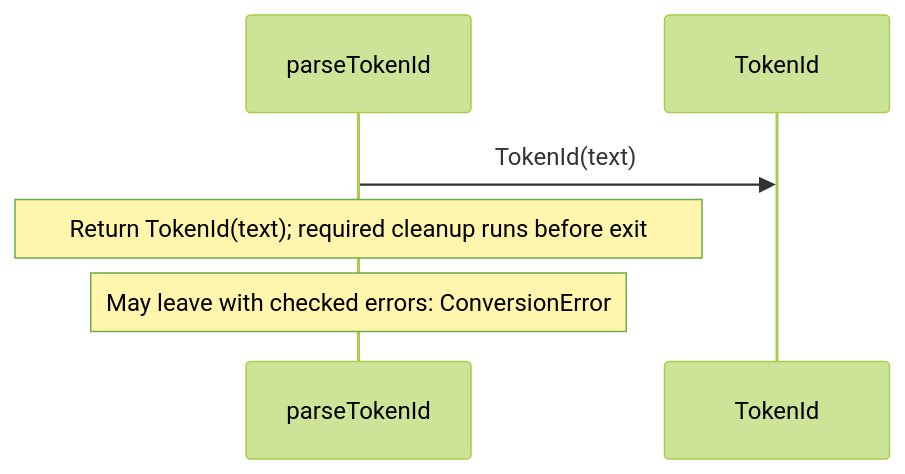
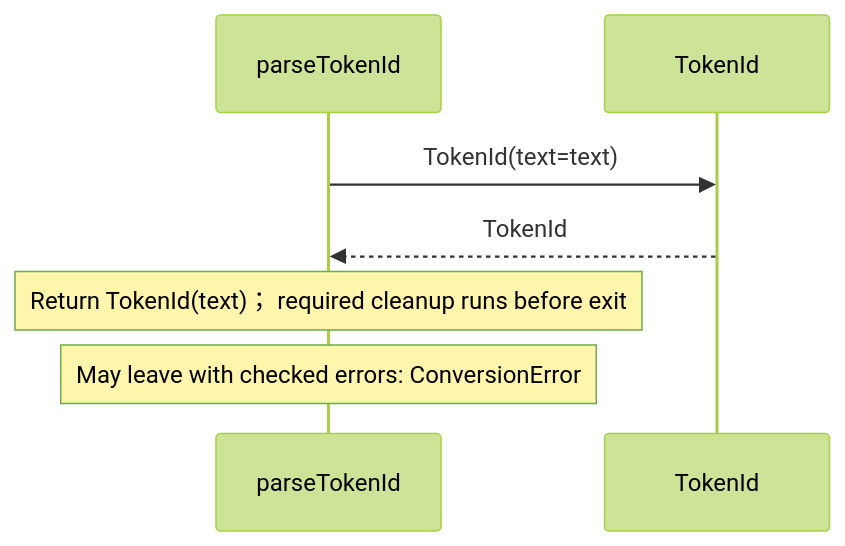
The third of 5 diagrams in src/stdlib/values/text.aug.diagrams.md (GreenPandaStudios/augscript), drawn with Mermaid (forest theme) before and after one commit. The commit also changed other lines of this file and 524 other files, not shown here.

Commit message:
Explain checked data flow at folder and service levels

````diff
--- a/src/stdlib/values/text.aug.diagrams.md
+++ b/src/stdlib/values/text.aug.diagrams.md
@@ -62,8 +52,9 @@
 ```mermaid
 sequenceDiagram
     participant p0 as parseTokenId
     participant p1 as TokenId
-    p0->>p1: TokenId(text)
-    Note over p0: Return TokenId(text)#59; required cleanup runs before exit
+    p0->>p1: TokenId(text=text)
+    p1-->>p0: TokenId
+    Note over p0: Return TokenId(text)； required cleanup runs before exit
     Note over p0: May leave with checked errors: ConversionError
 ```
````
